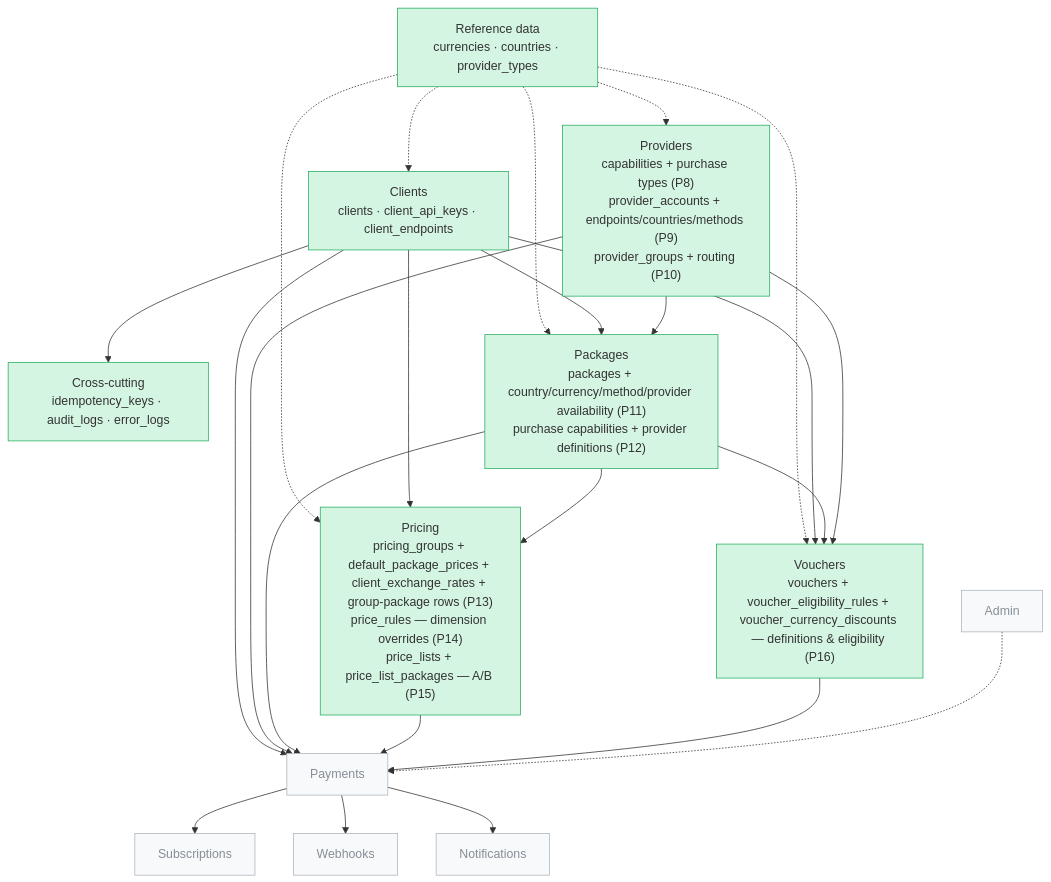
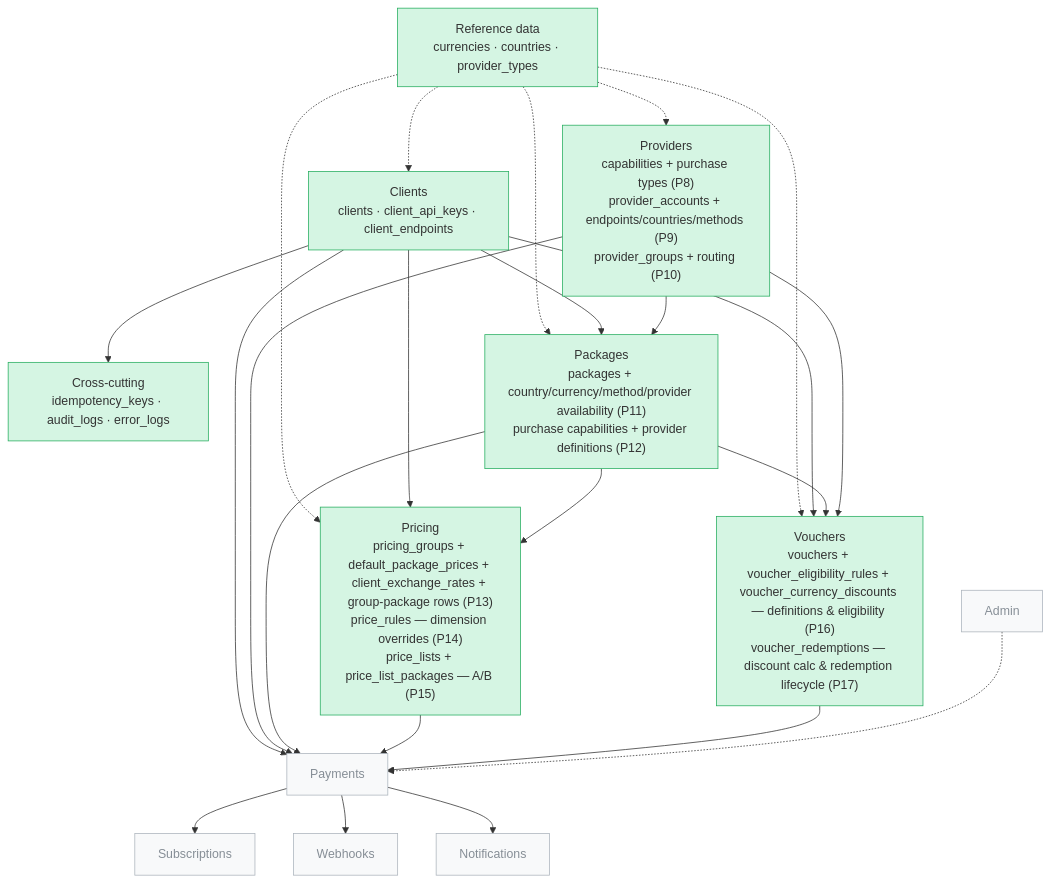
The first of 15 diagrams in .claude/docs/database-diagram.md (mahsashahi/Gomrok), drawn with Mermaid before and after one commit. The commit also changed other lines of this file and 48 other files, not shown here.

````diff
--- a/.claude/docs/database-diagram.md
+++ b/.claude/docs/database-diagram.md
@@ -9,37 +9,37 @@
 ```mermaid
 flowchart TD
     Ref["Reference data<br/>currencies · countries · provider_types"]
     Xc["Cross-cutting<br/>idempotency_keys · audit_logs · error_logs"]
     Clients["Clients<br/>clients · client_api_keys · client_endpoints"]
     Providers["Providers<br/>capabilities + purchase types (P8)<br/>provider_accounts + endpoints/countries/methods (P9)<br/>provider_groups + routing (P10)"]
     Packages["Packages<br/>packages + country/currency/method/provider availability (P11)<br/>purchase capabilities + provider definitions (P12)"]
     Pricing["Pricing<br/>pricing_groups + default_package_prices + client_exchange_rates + group-package rows (P13)<br/>price_rules — dimension overrides (P14)<br/>price_lists + price_list_packages — A/B (P15)"]
-    Vouchers["Vouchers<br/>vouchers + voucher_eligibility_rules + voucher_currency_discounts — definitions & eligibility (P16)"]
+    Vouchers["Vouchers<br/>vouchers + voucher_eligibility_rules + voucher_currency_discounts — definitions & eligibility (P16)<br/>voucher_redemptions — discount calc & redemption lifecycle (P17)"]
     Ref -.-> Clients
     Ref -.-> Providers
     Ref -.-> Packages
     Ref -.-> Pricing
     Ref -.-> Vouchers
     Clients --> Xc
     Clients --> Packages
     Providers --> Packages
     Clients --> Pricing
     Packages --> Pricing
     Clients --> Vouchers
     Packages --> Vouchers
     Providers --> Vouchers
     Clients --> Payments
     Providers --> Payments
     Packages --> Payments
     Pricing --> Payments
     Vouchers --> Payments
     Payments --> Subscriptions
     Payments --> Webhooks
     Payments --> Notifications
     Admin -.-> Payments
 
     classDef done fill:#d5f5e3,stroke:#27ae60;
     classDef todo fill:#f8f9fa,stroke:#adb5bd,color:#868e96;
     class Ref,Xc,Clients,Providers,Packages,Pricing,Vouchers done;
     class Payments,Subscriptions,Webhooks,Notifications,Admin todo;
 ```
````
